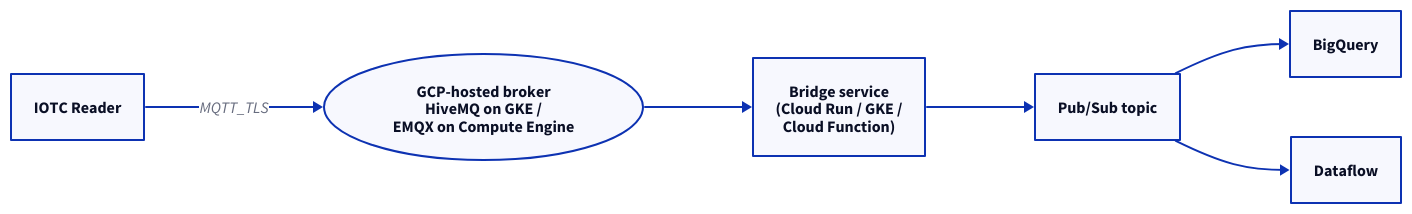
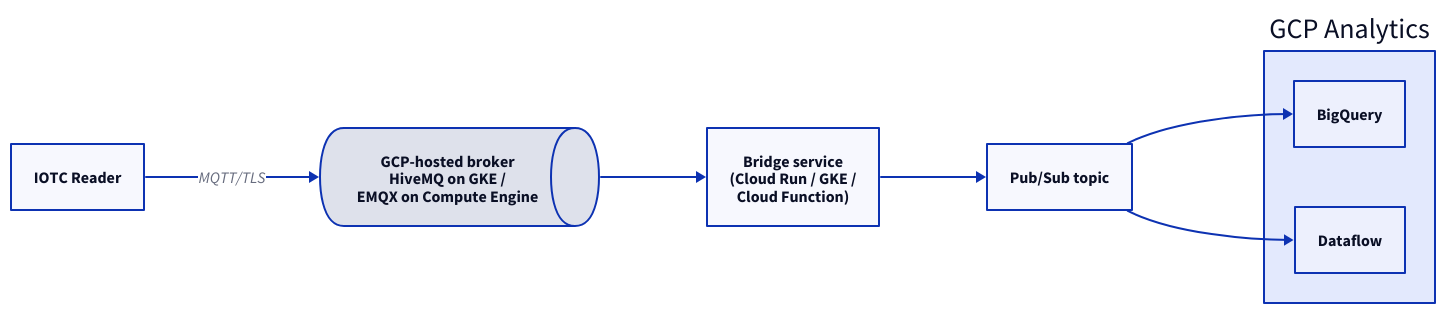
One commit to admiral-ai/zebra-handheld-rfid-iotc changed the diagram in docs/fleet/cloud-integration/gcp.md. Above: the diagram before and after it, drawn with D2. The commit also changed 40 other files, not shown here.

First line of the commit message:
Redesign all 54 D2 diagrams to a unified visual system

````diff
--- a/docs/fleet/cloud-integration/gcp.md
+++ b/docs/fleet/cloud-integration/gcp.md
@@ -54,14 +54,17 @@
 ```d2
 direction: right
 R: IOTC Reader
-B: "GCP-hosted broker\nHiveMQ on GKE /\nEMQX on Compute Engine" { shape: oval }
+B: "GCP-hosted broker\nHiveMQ on GKE /\nEMQX on Compute Engine" { shape: queue }
 BR: "Bridge service\n(Cloud Run / GKE /\nCloud Function)"
 PS: Pub/Sub topic
-BQ: BigQuery
-DF: Dataflow
-R -> B: MQTT_TLS
+cloud: GCP Analytics {
+  BQ: BigQuery
+  DF: Dataflow
+}
+R -> B: MQTT/TLS
 B -> BR
 BR -> PS
-PS -> BQ
-PS -> DF
+PS -> cloud.BQ
+PS -> cloud.DF
+
 ```
````
